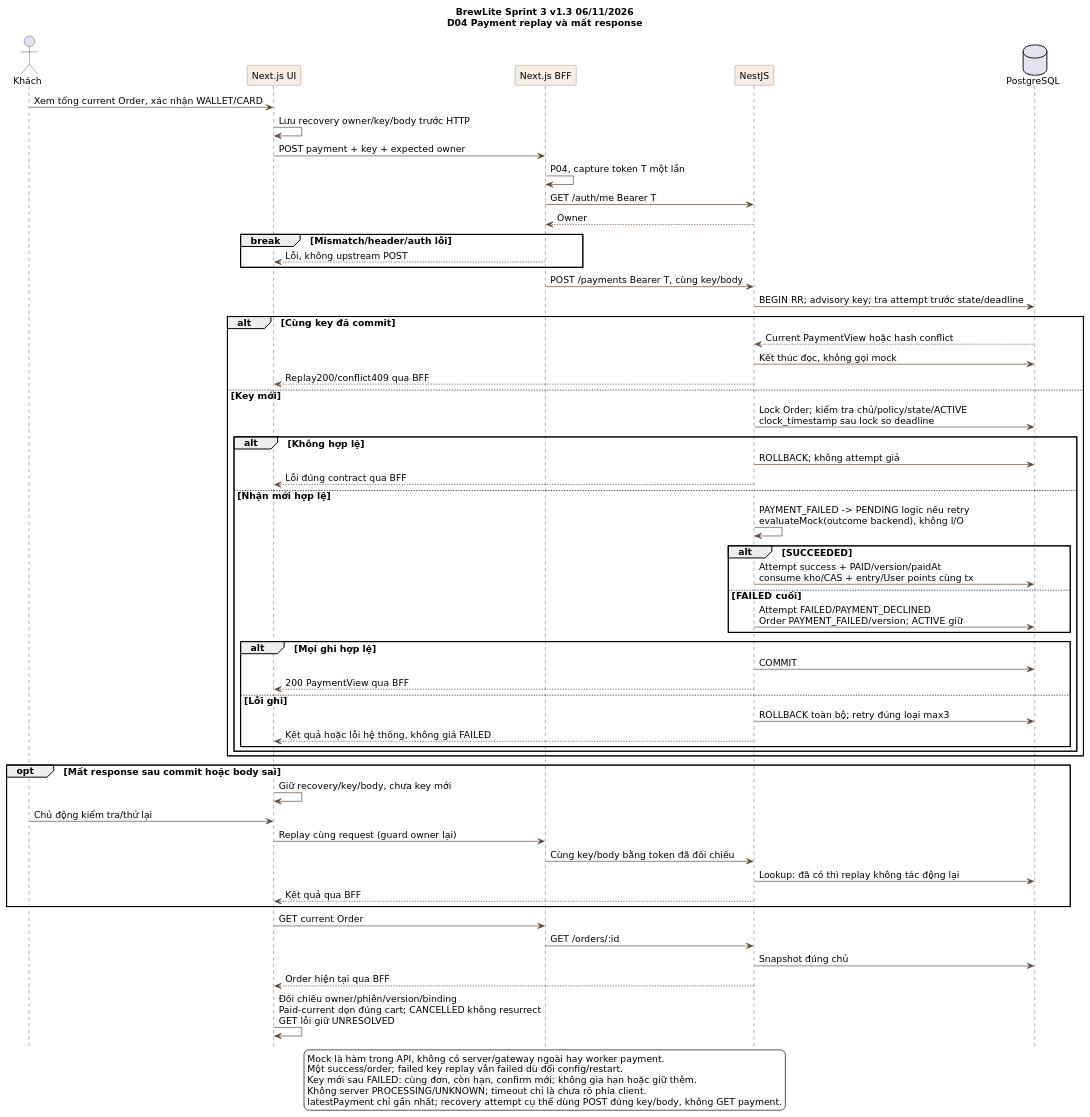
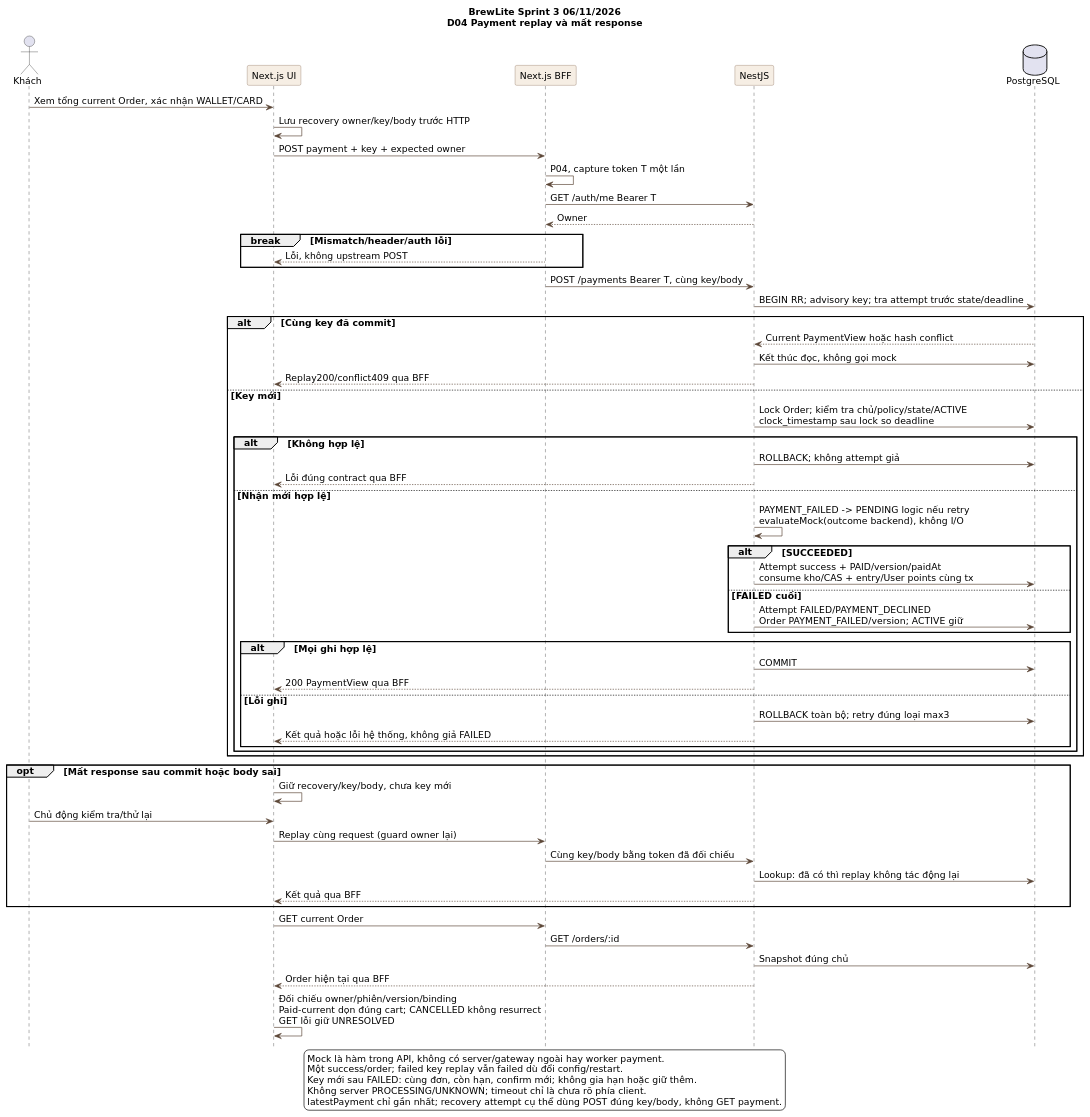
Before and after one commit to giabaot400-boop/BrewLite: the second of 3 diagrams in docs/diagrams/sprint3/sequence-checkout.puml, drawn with PlantUML. The commit also changed other lines of this file and 49 other files, not shown here.

```diff
--- a/docs/diagrams/sprint3/sequence-checkout.puml
+++ b/docs/diagrams/sprint3/sequence-checkout.puml
@@ -72,74 +72,74 @@
 @startuml sequence-checkout-payment
-title BrewLite Sprint 3 v1.3 06/11/2026\nD04 Payment replay và mất response
+title BrewLite Sprint 3 06/11/2026\nD04 Payment replay và mất response
 skinparam defaultFontName DejaVu Sans
 skinparam defaultFontSize 14
 skinparam shadowing false
 skinparam backgroundColor #FFFFFF
 skinparam ArrowColor #5B4636
 skinparam noteBackgroundColor #FFF6DA
 skinparam noteBorderColor #B89551
 hide footbox
 skinparam sequenceParticipantBackgroundColor #F6EEE4
 skinparam sequenceParticipantBorderColor #80644F
 actor Khách as K
 participant "Next.js UI" as UI
 participant "Next.js BFF" as BFF
 participant "NestJS" as API
 database PostgreSQL as DB
 K -> UI : Xem tổng current Order, xác nhận WALLET/CARD
 UI -> UI : Lưu recovery owner/key/body trước HTTP
 UI -> BFF : POST payment + key + expected owner
 BFF -> BFF : P04, capture token T một lần
 BFF -> API : GET /auth/me Bearer T
 API --> BFF : Owner
 break Mismatch/header/auth lỗi
  BFF --> UI : Lỗi, không upstream POST
 end
 BFF -> API : POST /payments Bearer T, cùng key/body
 API -> DB : BEGIN RR; advisory key; tra attempt trước state/deadline
 alt Cùng key đã commit
  DB --> API : Current PaymentView hoặc hash conflict
  API -> DB : Kết thúc đọc, không gọi mock
  API --> UI : Replay200/conflict409 qua BFF
 else Key mới
  API -> DB : Lock Order; kiểm tra chủ/policy/state/ACTIVE\nclock_timestamp sau lock so deadline
  alt Không hợp lệ
   API -> DB : ROLLBACK; không attempt giả
   API --> UI : Lỗi đúng contract qua BFF
  else Nhận mới hợp lệ
   API -> API : PAYMENT_FAILED -> PENDING logic nếu retry\nevaluateMock(outcome backend), không I/O
   alt SUCCEEDED
    API -> DB : Attempt success + PAID/version/paidAt\nconsume kho/CAS + entry/User points cùng tx
   else FAILED cuối
    API -> DB : Attempt FAILED/PAYMENT_DECLINED\nOrder PAYMENT_FAILED/version; ACTIVE giữ
   end
   alt Mọi ghi hợp lệ
    API -> DB : COMMIT
    API --> UI : 200 PaymentView qua BFF
   else Lỗi ghi
    API -> DB : ROLLBACK toàn bộ; retry đúng loại max3
    API --> UI : Kết quả hoặc lỗi hệ thống, không giả FAILED
   end
  end
 end
 opt Mất response sau commit hoặc body sai
  UI -> UI : Giữ recovery/key/body, chưa key mới
  K -> UI : Chủ động kiểm tra/thử lại
  UI -> BFF : Replay cùng request (guard owner lại)
  BFF -> API : Cùng key/body bằng token đã đối chiếu
  API -> DB : Lookup: đã có thì replay không tác động lại
  API --> UI : Kết quả qua BFF
 end
 UI -> BFF : GET current Order
 BFF -> API : GET /orders/:id
 API -> DB : Snapshot đúng chủ
 API --> UI : Order hiện tại qua BFF
 UI -> UI : Đối chiếu owner/phiên/version/binding\nPaid-current dọn đúng cart; CANCELLED không resurrect\nGET lỗi giữ UNRESOLVED
 legend bottom
   Mock là hàm trong API, không có server/gateway ngoài hay worker payment.
   Một success/order; failed key replay vẫn failed dù đổi config/restart.
   Key mới sau FAILED: cùng đơn, còn hạn, confirm mới; không gia hạn hoặc giữ thêm.
   Không server PROCESSING/UNKNOWN; timeout chỉ là chưa rõ phía client.
   latestPayment chỉ gần nhất; recovery attempt cụ thể dùng POST đúng key/body, không GET payment.
 endlegend
 @enduml
```
